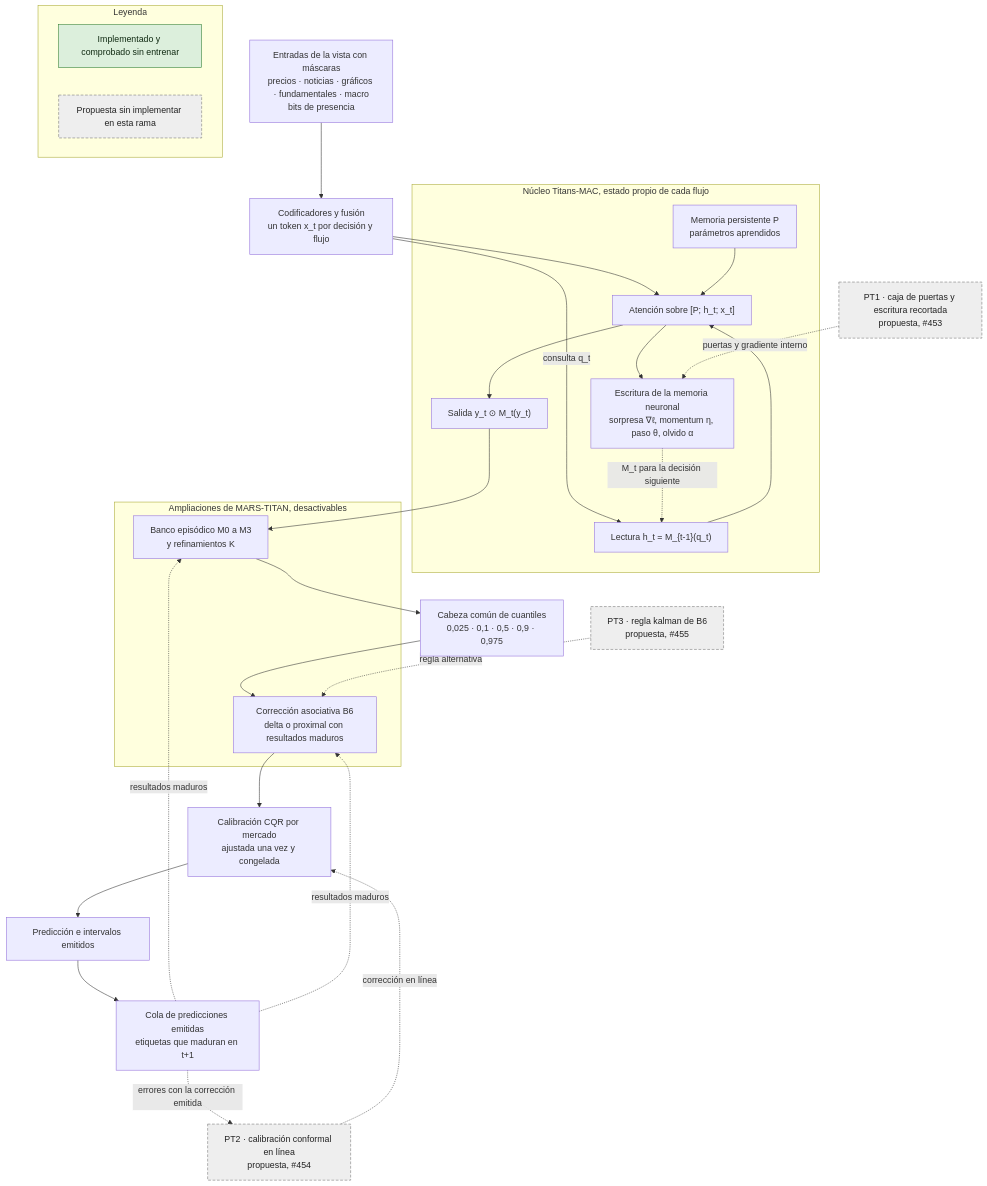
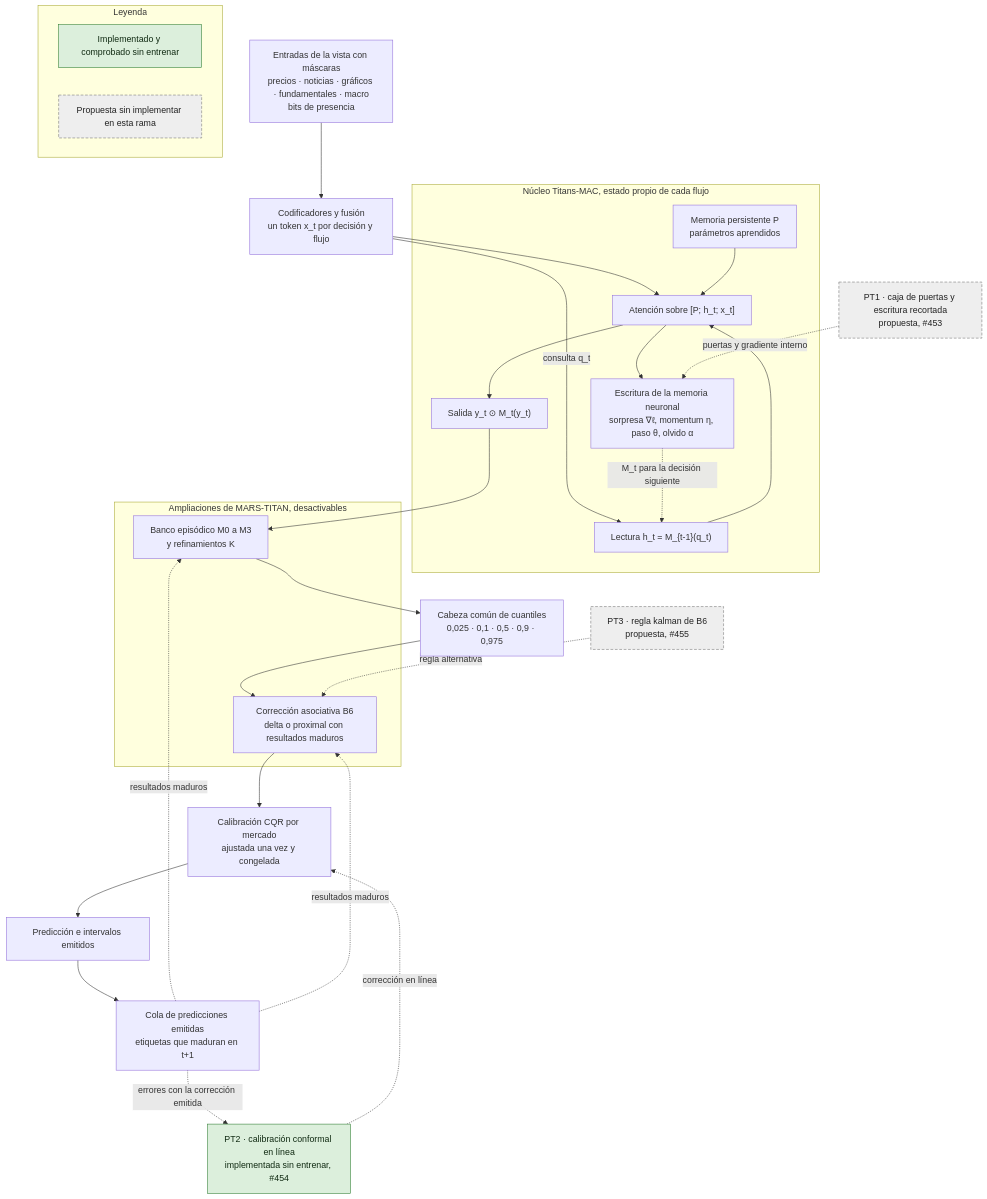
One commit to GonxKZ/mars-titan changed the diagram in docs/research/titans-mac-architecture.md. Above: the diagram before and after it, drawn with Mermaid. The commit also changed other lines of this file and 4 other files, not shown here.

Commit message:
docs(calibration): document the online conformal tracker with its data flow, equations, sources, tests and cost (#454)

````diff
--- a/docs/research/titans-mac-architecture.md
+++ b/docs/research/titans-mac-architecture.md
@@ -241,55 +241,55 @@
 ```mermaid
 flowchart TD
     IN["Entradas de la vista con máscaras<br/>precios · noticias · gráficos · fundamentales · macro<br/>bits de presencia"]
     ENC["Codificadores y fusión<br/>un token x_t por decisión y flujo"]
 
     subgraph MAC["Núcleo Titans-MAC, estado propio de cada flujo"]
         P["Memoria persistente P<br/>parámetros aprendidos"]
         RD["Lectura h_t = M_{t-1}(q_t)"]
         ATT["Atención sobre [P; h_t; x_t]"]
         WR["Escritura de la memoria neuronal<br/>sorpresa ∇ℓ, momentum η, paso θ, olvido α"]
         OG["Salida y_t ⊙ M_t(y_t)"]
     end
 
     PT1["PT1 · caja de puertas y escritura recortada<br/>propuesta, #453"]:::propuesta
 
     subgraph EXT["Ampliaciones de MARS-TITAN, desactivables"]
         BANK["Banco episódico M0 a M3<br/>y refinamientos K"]
         B6["Corrección asociativa B6<br/>delta o proximal con resultados maduros"]
     end
 
     HEAD["Cabeza común de cuantiles<br/>0,025 · 0,1 · 0,5 · 0,9 · 0,975"]
 
     PT3["PT3 · regla kalman de B6<br/>propuesta, #455"]:::propuesta
 
     CAL["Calibración CQR por mercado<br/>ajustada una vez y congelada"]
 
-    PT2["PT2 · calibración conformal en línea<br/>propuesta, #454"]:::propuesta
+    PT2["PT2 · calibración conformal en línea<br/>implementada sin entrenar, #454"]:::comprobado
 
     OUT["Predicción e intervalos emitidos"]
     Q["Cola de predicciones emitidas<br/>etiquetas que maduran en t+1"]
 
     IN --> ENC --> ATT
     ENC -- consulta q_t --> RD
     P --> ATT
     RD --> ATT
     ATT --> WR
     ATT --> OG
     WR -. M_t para la decisión siguiente .-> RD
     OG --> BANK --> HEAD --> B6 --> CAL --> OUT
     OUT --> Q
     Q -. resultados maduros .-> BANK
     Q -. resultados maduros .-> B6
     Q -. errores con la corrección emitida .-> PT2
     PT1 -. puertas y gradiente interno .-> WR
     PT3 -. regla alternativa .-> B6
     PT2 -. corrección en línea .-> CAL
 
     subgraph LEY["Leyenda"]
         L1["Implementado y comprobado sin entrenar"]:::comprobado
         L2["Propuesta sin implementar en esta rama"]:::propuesta
     end
 
     classDef comprobado fill:#dcefdc,stroke:#2e7d32,color:#102a12
     classDef propuesta fill:#eeeeee,stroke:#757575,color:#222222,stroke-dasharray:5 3
 ```
````
